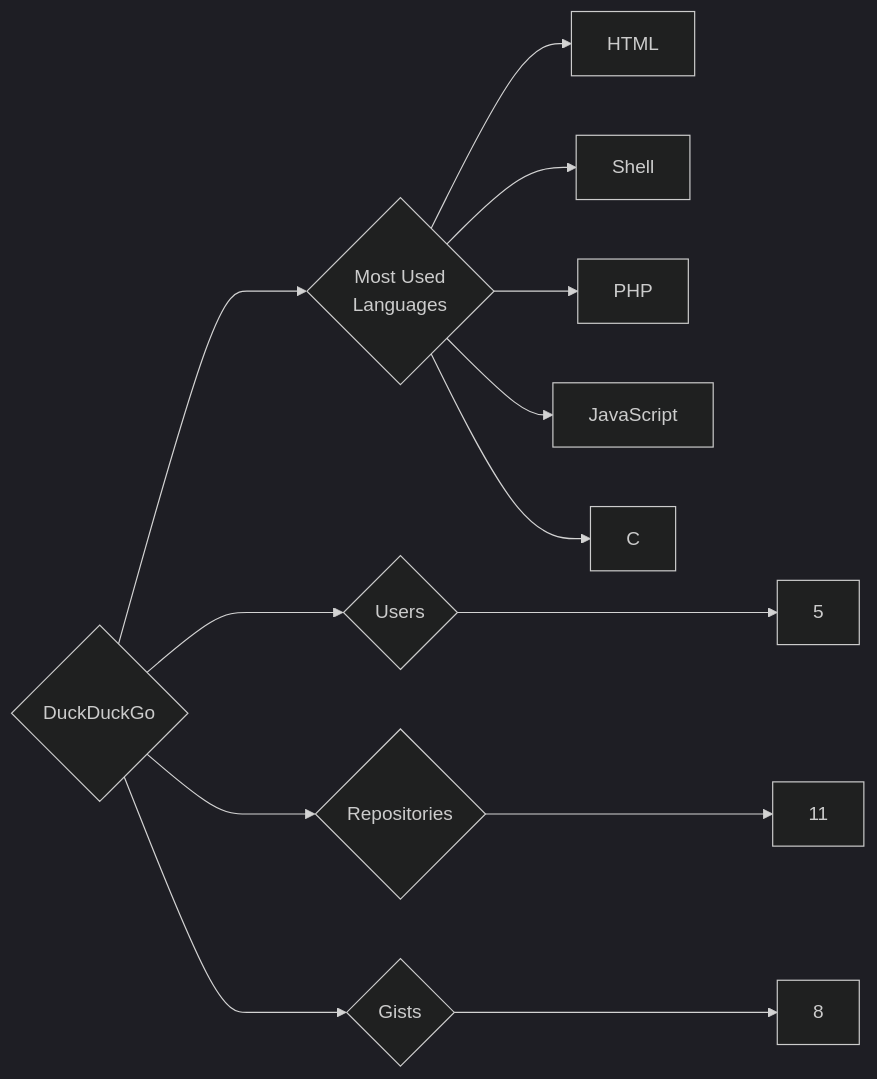
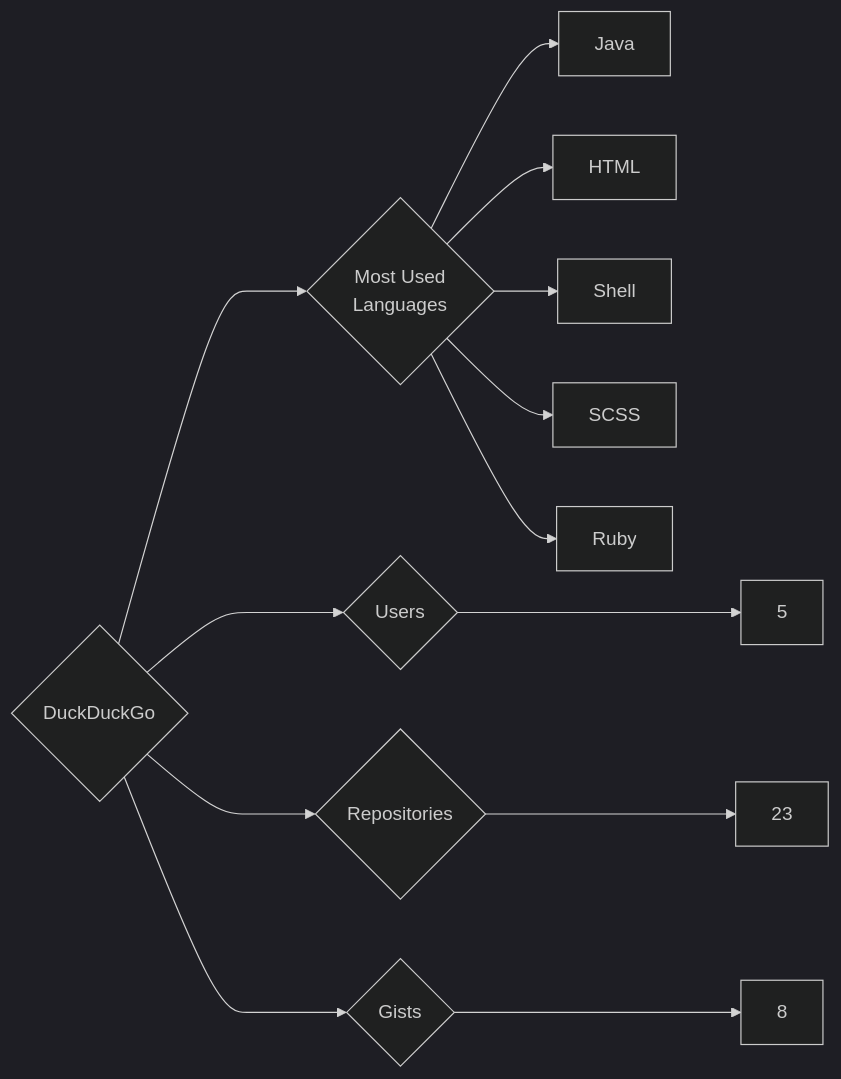
Before and after one commit to trickest/insiders: the diagram in targets/DuckDuckGo/README.md, drawn with Mermaid (dark theme). The commit also changed 988 other files, not shown here.

````diff
--- a/targets/DuckDuckGo/README.md
+++ b/targets/DuckDuckGo/README.md
@@ -3,13 +3,13 @@
 ```mermaid
 graph LR
 COMPANY_NAME{DuckDuckGo}
 COMPANY_NAME ---> U{Users} ---> UN[5]
-COMPANY_NAME ---> R{Repositories} ---> RN[11]
+COMPANY_NAME ---> R{Repositories} ---> RN[23]
 COMPANY_NAME ---> G{Gists} ---> GN[8]
 COMPANY_NAME ---> ML{Most Used<br>Languages}
+ML --> Java[Java]
 ML --> HTML[HTML]
 ML --> Shell[Shell]
-ML --> PHP[PHP]
-ML --> JavaScript[JavaScript]
-ML --> C[C]
+ML --> SCSS[SCSS]
+ML --> Ruby[Ruby]
 ```
````
